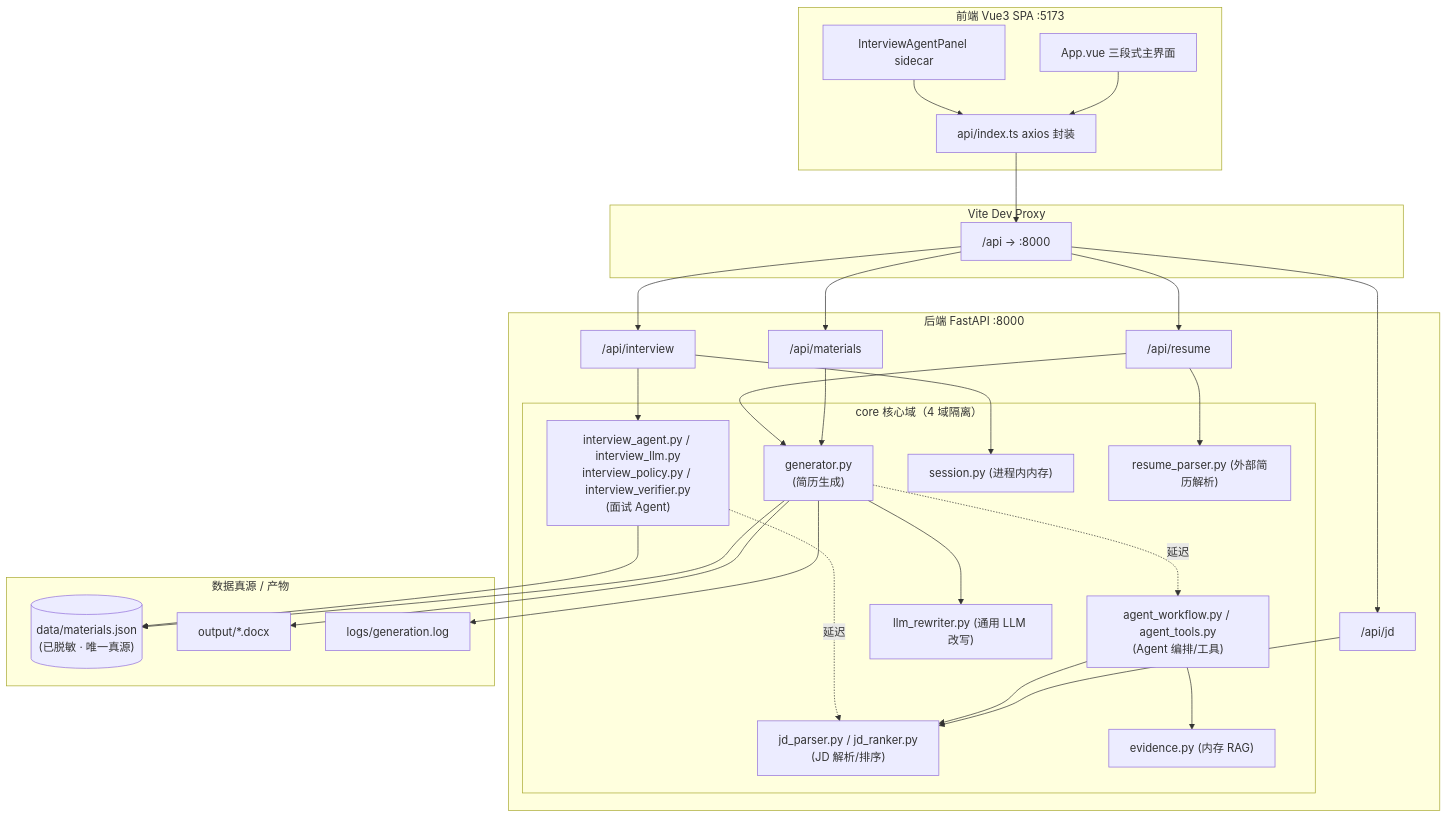
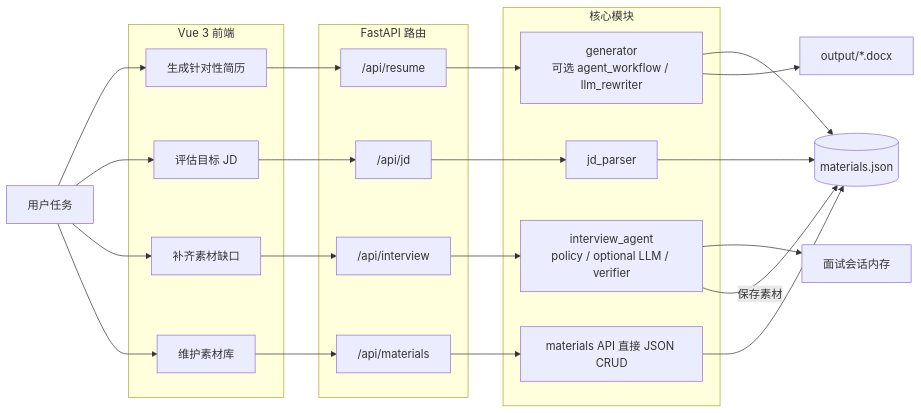
Before and after one commit to JJ704sd/Resume-Buff: the first of 9 diagrams in .harness/docs/system-architecture.md, drawn with Mermaid. The commit also changed other lines of this file, not shown here.

Commit message:
docs(architecture): refresh system design and data flows

````diff
--- a/.harness/docs/system-architecture.md
+++ b/.harness/docs/system-architecture.md
@@ -31,53 +23,40 @@
 ```mermaid
-flowchart TD
-  subgraph FE[前端 Vue3 SPA :5173]
-    A1[App.vue 三段式主界面]
-    A2[InterviewAgentPanel sidecar]
-    A3[api/index.ts axios 封装]
-    A1 --> A3
-    A2 --> A3
+flowchart LR
+  U["用户任务"]
+
+  subgraph FE["Vue 3 前端"]
+    F1["生成针对性简历"]
+    F2["评估目标 JD"]
+    F3["补齐素材缺口"]
+    F4["维护素材库"]
   end
-  subgraph Proxy[Vite Dev Proxy]
-    P["/api → :8000"]
+
+  subgraph API["FastAPI 路由"]
+    A1["/api/resume"]
+    A2["/api/jd"]
+    A3["/api/interview"]
+    A4["/api/materials"]
   end
-  subgraph BE[后端 FastAPI :8000]
-    R1["/api/materials"]
-    R2["/api/resume"]
-    R3["/api/jd"]
-    R4["/api/interview"]
-    subgraph DOMAIN[core 核心域（4 域隔离）]
-      C1["generator.py<br/>(简历生成)"]
-      C2["jd_parser.py / jd_ranker.py<br/>(JD 解析/排序)"]
-      C3["agent_workflow.py / agent_tools.py<br/>(Agent 编排/工具)"]
-      C4["interview_agent.py / interview_llm.py<br/>interview_policy.py / interview_verifier.py<br/>(面试 Agent)"]
-      C5["llm_rewriter.py (通用 LLM 改写)"]
-      C6["session.py (进程内内存)"]
-      C7["resume_parser.py (外部简历解析)"]
-      C8["evidence.py (内存 RAG)"]
-    end
-    R1 --> C1
-    R2 --> C1
-    R2 --> C7
-    R3 --> C2
-    R4 --> C4
-    R4 --> C6
-    C1 --> C5
-    C1 -.延迟.-> C3
-    C3 --> C2
-    C3 --> C8
-    C4 -.延迟.-> C2
+
+  subgraph CORE["核心模块"]
+    C1["generator<br/>可选 agent_workflow / llm_rewriter"]
+    C2["jd_parser"]
+    C3["interview_agent<br/>policy / optional LLM / verifier"]
+    C4["materials API 直接 JSON CRUD"]
   end
-  subgraph DATA[数据真源 / 产物]
-    D1[("data/materials.json<br/>(已脱敏 · 唯一真源)")]
-    D2["output/*.docx"]
-    D3["logs/generation.log"]
-  end
-  A3 --> P --> R1
-  P --> R2
-  P --> R3
-  P --> R4
-  C1 --> D1
-  C4 --> D1
-  C1 --> D2
-  C1 --> D3
+
+  MAT[("materials.json")]
+  DOC["output/*.docx"]
+  IMS["面试会话内存"]
+
+  U --> F1 --> A1 --> C1
+  U --> F2 --> A2 --> C2
+  U --> F3 --> A3 --> C3
+  U --> F4 --> A4 --> C4
+  C1 --> MAT
+  C1 --> DOC
+  C2 --> MAT
+  C3 --> IMS
+  C3 -->|"保存素材"| MAT
+  C4 --> MAT
 ```
````
